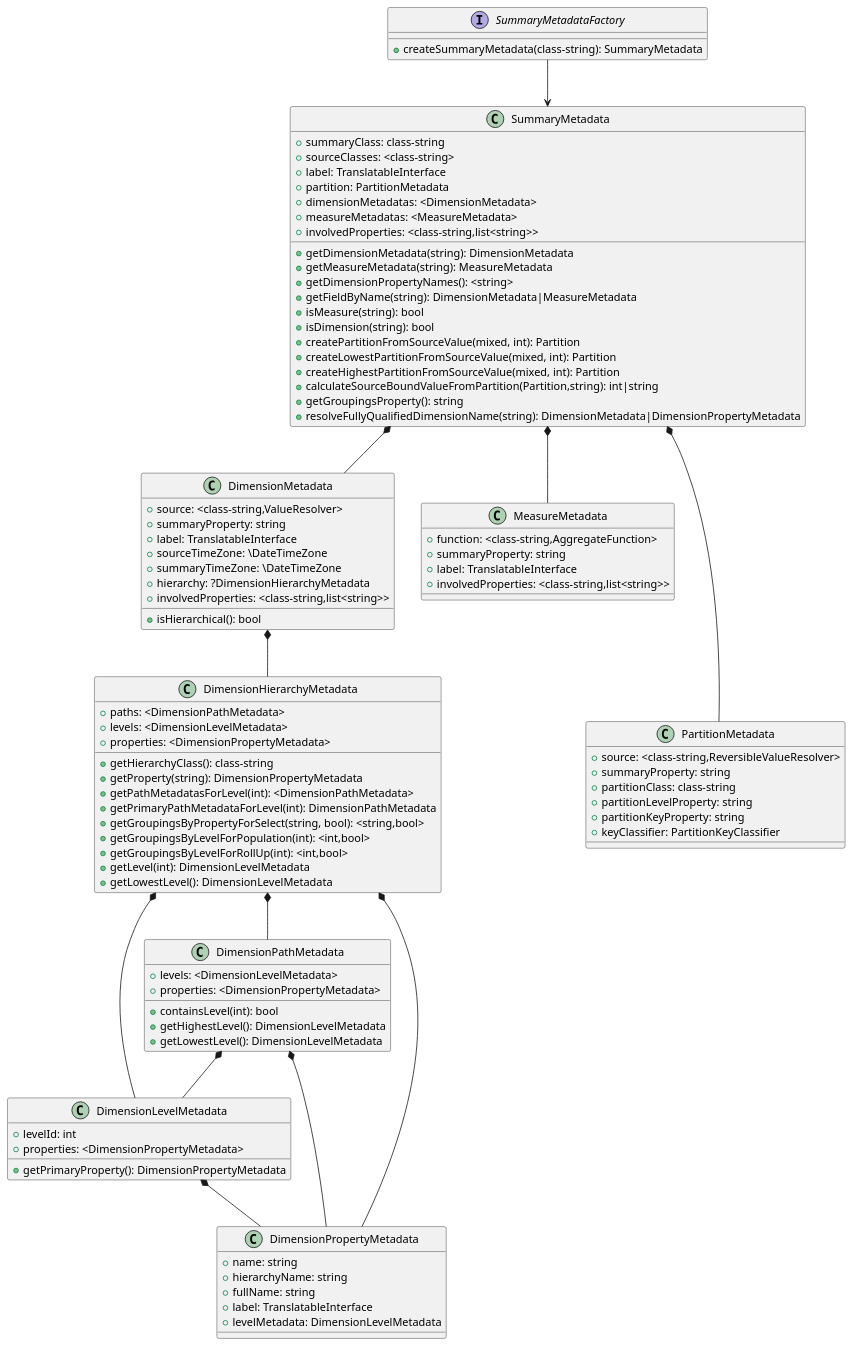
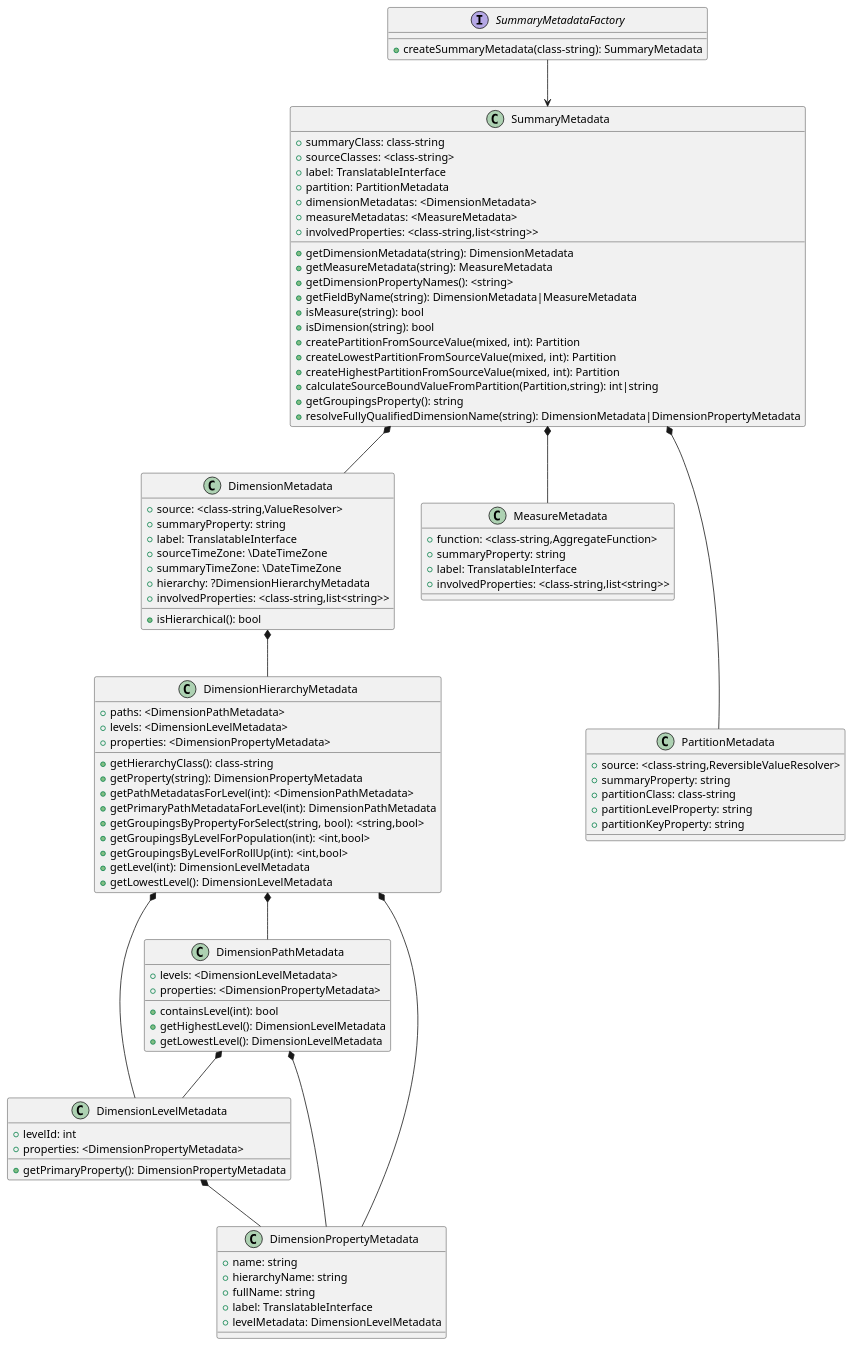
The diagram in docs/metadata.wsd (rekalogika/analytics), drawn with PlantUML before and after one commit. The commit also changed 8 other files, not shown here.

Commit message:
refactor: merge PartitionKeyClassifier into Partition

```diff
--- a/docs/metadata.wsd
+++ b/docs/metadata.wsd
@@ -1,110 +1,109 @@
 @startuml summary_metadata
 
 interface SummaryMetadataFactory {
     +createSummaryMetadata(class-string): SummaryMetadata
 }
 
 SummaryMetadataFactory --> SummaryMetadata
 
 class SummaryMetadata {
     +summaryClass: class-string
     +sourceClasses: <class-string>
     +label: TranslatableInterface
     +partition: PartitionMetadata
     +dimensionMetadatas: <DimensionMetadata>
     +measureMetadatas: <MeasureMetadata>
     +getDimensionMetadata(string): DimensionMetadata
     +getMeasureMetadata(string): MeasureMetadata
     +getDimensionPropertyNames(): <string>
     +getFieldByName(string): DimensionMetadata|MeasureMetadata
     +isMeasure(string): bool
     +isDimension(string): bool
     +createPartitionFromSourceValue(mixed, int): Partition
     +createLowestPartitionFromSourceValue(mixed, int): Partition
     +createHighestPartitionFromSourceValue(mixed, int): Partition
     +calculateSourceBoundValueFromPartition(Partition,string): int|string
     +getGroupingsProperty(): string
     +involvedProperties: <class-string,list<string>>
     +resolveFullyQualifiedDimensionName(string): DimensionMetadata|DimensionPropertyMetadata
 }
 
 SummaryMetadata *-- DimensionMetadata
 SummaryMetadata *-- MeasureMetadata
 SummaryMetadata *--- PartitionMetadata
 
 class DimensionMetadata {
     +source: <class-string,ValueResolver>
     +summaryProperty: string
     +label: TranslatableInterface
     +sourceTimeZone: \DateTimeZone
     +summaryTimeZone: \DateTimeZone
     +hierarchy: ?DimensionHierarchyMetadata
     +involvedProperties: <class-string,list<string>>
     +isHierarchical(): bool
 }
 
 DimensionMetadata *-- DimensionHierarchyMetadata
 
 class PartitionMetadata {
     +source: <class-string,ReversibleValueResolver>
     +summaryProperty: string
     +partitionClass: class-string
     +partitionLevelProperty: string
     +partitionKeyProperty: string
-    +keyClassifier: PartitionKeyClassifier
 }
 
 class MeasureMetadata {
     +function: <class-string,AggregateFunction>
     +summaryProperty: string
     +label: TranslatableInterface
     +involvedProperties: <class-string,list<string>>
 }
 
 class DimensionHierarchyMetadata {
     +paths: <DimensionPathMetadata>
     +levels: <DimensionLevelMetadata>
     +properties: <DimensionPropertyMetadata>
     +getHierarchyClass(): class-string
     +getProperty(string): DimensionPropertyMetadata
     +getPathMetadatasForLevel(int): <DimensionPathMetadata>
     +getPrimaryPathMetadataForLevel(int): DimensionPathMetadata
     +getGroupingsByPropertyForSelect(string, bool): <string,bool>
     +getGroupingsByLevelForPopulation(int): <int,bool>
     +getGroupingsByLevelForRollUp(int): <int,bool>
     +getLevel(int): DimensionLevelMetadata
     +getLowestLevel(): DimensionLevelMetadata
 }
 
 DimensionHierarchyMetadata *-- DimensionPathMetadata
 DimensionHierarchyMetadata *-- DimensionLevelMetadata
 DimensionHierarchyMetadata *-- DimensionPropertyMetadata
 
 class DimensionPathMetadata {
     +levels: <DimensionLevelMetadata>
     +properties: <DimensionPropertyMetadata>
     +containsLevel(int): bool
     +getHighestLevel(): DimensionLevelMetadata
     +getLowestLevel(): DimensionLevelMetadata
 }
 
 DimensionPathMetadata *-- DimensionLevelMetadata
 DimensionPathMetadata *-- DimensionPropertyMetadata
 
 class DimensionLevelMetadata {
     +levelId: int
     +properties: <DimensionPropertyMetadata>
     +getPrimaryProperty(): DimensionPropertyMetadata
 }
 
 DimensionLevelMetadata *-- DimensionPropertyMetadata
 
 class DimensionPropertyMetadata {
     +name: string
     +hierarchyName: string
     +fullName: string
     +label: TranslatableInterface
     +levelMetadata: DimensionLevelMetadata
 }
 
 @enduml
```
